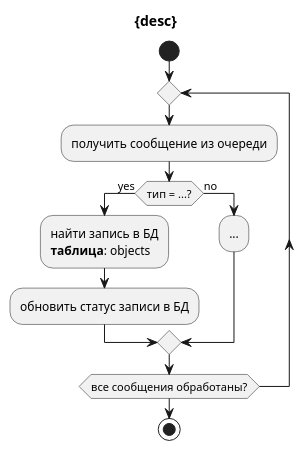
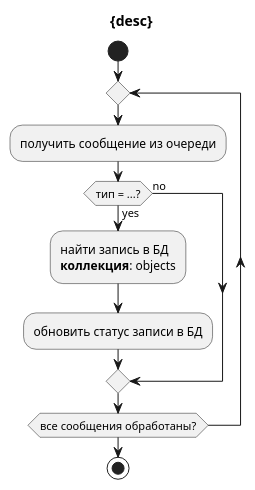
Before and after one commit to katerina-glushko/requirements-templates: the diagram in templates/specs/service/src/docs/asciidoc/diagrams/some-cron-activity.puml, drawn with PlantUML. The commit also changed 14 other files, not shown here.

```diff
--- a/templates/specs/service/src/docs/asciidoc/diagrams/some-cron-activity.puml
+++ b/templates/specs/service/src/docs/asciidoc/diagrams/some-cron-activity.puml
@@ -1,16 +1,16 @@
 @startuml
 
 title {desc}
 start
 repeat
     :получить сообщение из очереди;
     if (тип = ...?) then (yes)
-        :найти запись в БД\n**таблица**: objects;
+        :найти запись в БД\n**коллекция**: objects;
         :обновить статус записи в БД;
     else (no)
-        :...;
+       
     endif
 repeat while (все сообщения обработаны?)
 stop
 
 @enduml
```
